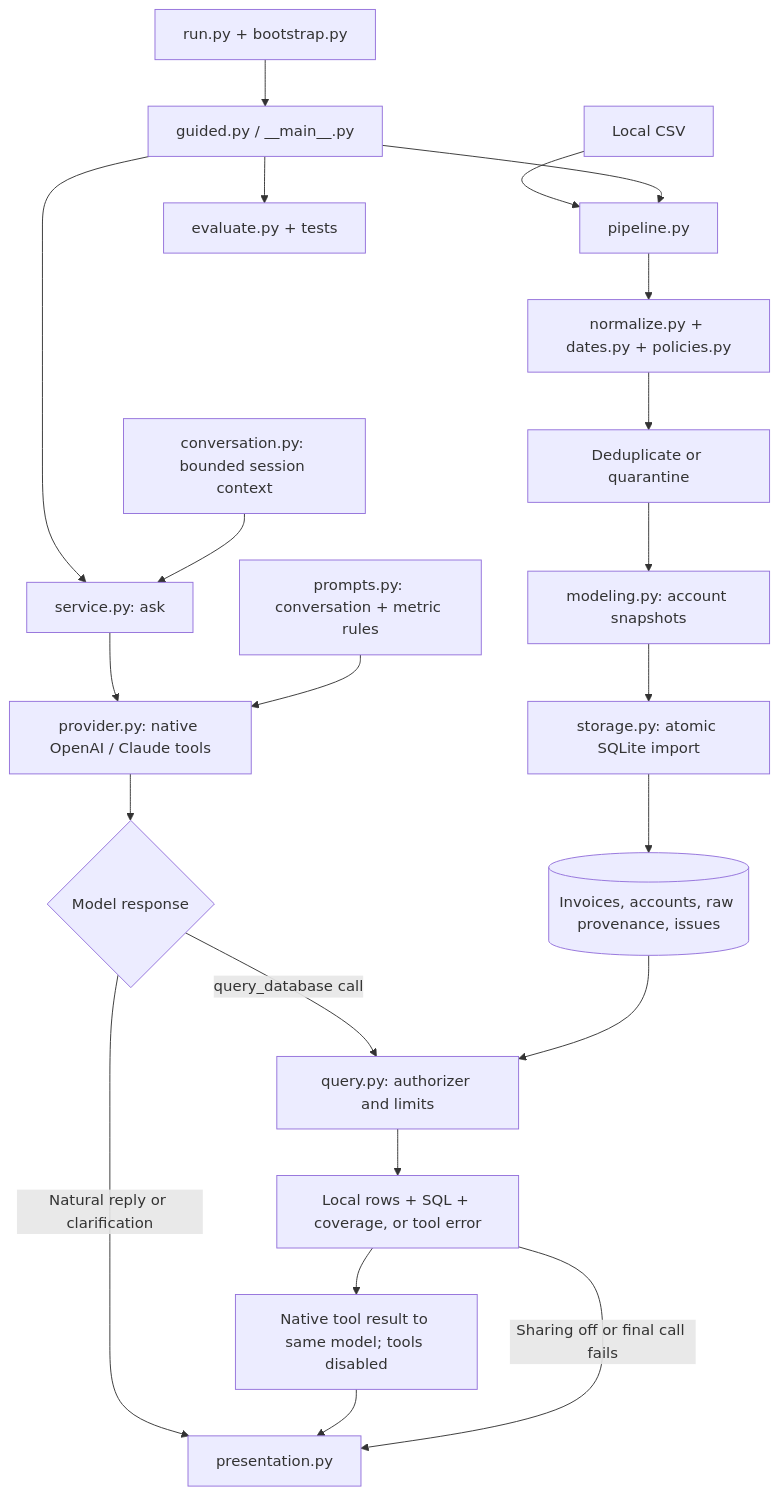
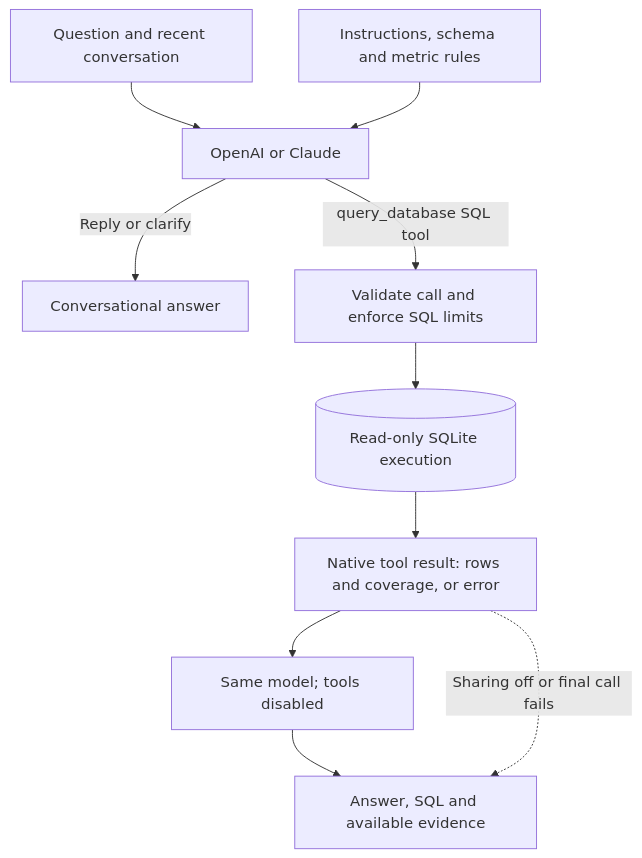
The second of 2 diagrams in README.md (fahmidme/cloudnova-query-agent), drawn with Mermaid before and after one commit. The commit also changed other lines of this file and 3 other files, not shown here.

Commit message:
Redesign README around the reviewer journey and two architectures

````diff
--- a/README.md
+++ b/README.md
@@ -128,24 +96,12 @@
 ```mermaid
 flowchart TD
-    RUN[run.py + bootstrap.py] --> CLI[guided.py / __main__.py]
-    CSV[Local CSV] --> P[pipeline.py]
-    P --> N[normalize.py + dates.py + policies.py]
-    N --> D[Deduplicate or quarantine]
-    D --> M[modeling.py: account snapshots]
-    M --> S[storage.py: atomic SQLite import]
-    S --> DB[(Invoices, accounts, raw provenance, issues)]
-    CLI --> P
-    CLI --> A[service.py: ask]
-    A --> L[provider.py: native OpenAI / Claude tools]
-    CTX[conversation.py: bounded session context] --> A
-    PROMPT[prompts.py: conversation + metric rules] --> L
-    L --> CHOICE{Model response}
-    CHOICE -->|Natural reply or clarification| HUMAN[presentation.py]
-    CHOICE -->|query_database call| Q[query.py: authorizer and limits]
-    DB --> Q
-    Q --> OUT[Local rows + SQL + coverage, or tool error]
-    OUT --> FINAL[Native tool result to same model; tools disabled]
-    FINAL --> HUMAN
-    OUT -->|Sharing off or final call fails| HUMAN
-    CLI --> E[evaluate.py + tests]
+    USER[Question and recent conversation] --> MODEL[OpenAI or Claude]
+    CONTEXT[Instructions, schema and metric rules] --> MODEL
+    MODEL -->|Reply or clarify| ANSWER[Conversational answer]
+    MODEL -->|query_database SQL tool| GUARD[Validate call and enforce SQL limits]
+    GUARD --> DB[(Read-only SQLite execution)]
+    DB --> RESULT[Native tool result: rows and coverage, or error]
+    RESULT --> FINAL[Same model; tools disabled]
+    FINAL --> EVIDENCE[Answer, SQL and available evidence]
+    RESULT -.->|Sharing off or final call fails| EVIDENCE
 ```
````
